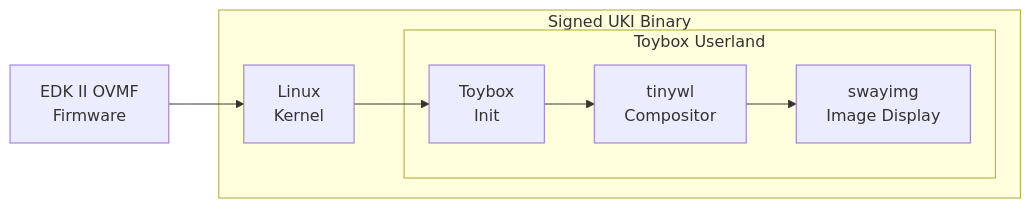
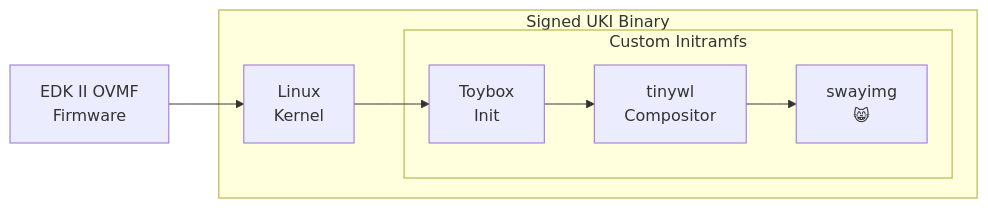
The diagram in README.md (alexhaydock/NekOS), drawn with Mermaid before and after one commit. The commit also changed other lines of this file and 6 other files, not shown here.

````diff
--- a/README.md
+++ b/README.md
@@ -34,12 +34,12 @@
 ```mermaid
 flowchart LR
     fw[EDK II OVMF<br>Firmware] --> kernel[Linux<br>Kernel]
     subgraph Signed UKI Binary
-        subgraph Toybox Userland
+        subgraph Custom Initramfs
             init[Toybox<br>Init]
             init --> tinywl[tinywl<br>Compositor]
-            tinywl --> swayimg[swayimg<br>Image Display]
+            tinywl --> swayimg[swayimg<br>😸]
         end
         kernel --> init
     end
 ```
````
